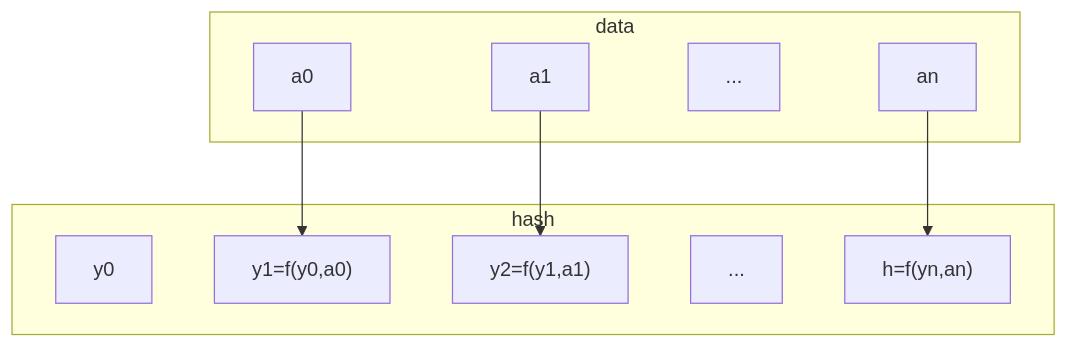
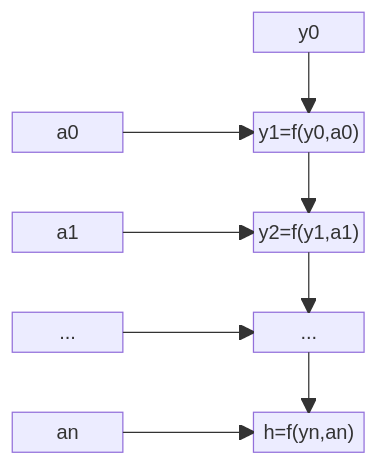
The diagram in notes/hash.md (sergey-shandar/public), drawn with Mermaid before and after one commit.

````diff
--- a/notes/hash.md
+++ b/notes/hash.md
@@ -24,19 +24,21 @@
 ```mermaid
-graph TB
-  subgraph data
-    a0
-    a1
-    ai[...]
-    an
-  end
-  subgraph hash
-    y0
-    y1["y1=f(y0,a0)"]
-    y2["y2=f(y1,a1)"]
-    yi[...]
-    h["h=f(yn,an)"]
-  end
-  a0 --> y1
-  a1 --> y2
-  an --> h
+block-beta
+  columns 3
+  space     space y0
+  space:3
+  a0        space y1["y1=f(y0,a0)"]
+  space:3
+  a1        space y2["y2=f(y1,a1)"]
+  space:3
+  ai["..."] space yi["..."]
+  space:3
+  an        space h["h=f(yn,an)"]
+  y0-->y1
+  a0-->y1
+  y1-->y2
+  a1-->y2
+  y2-->yi
+  ai-->yi
+  yi-->h
+  an-->h
 ```
````
